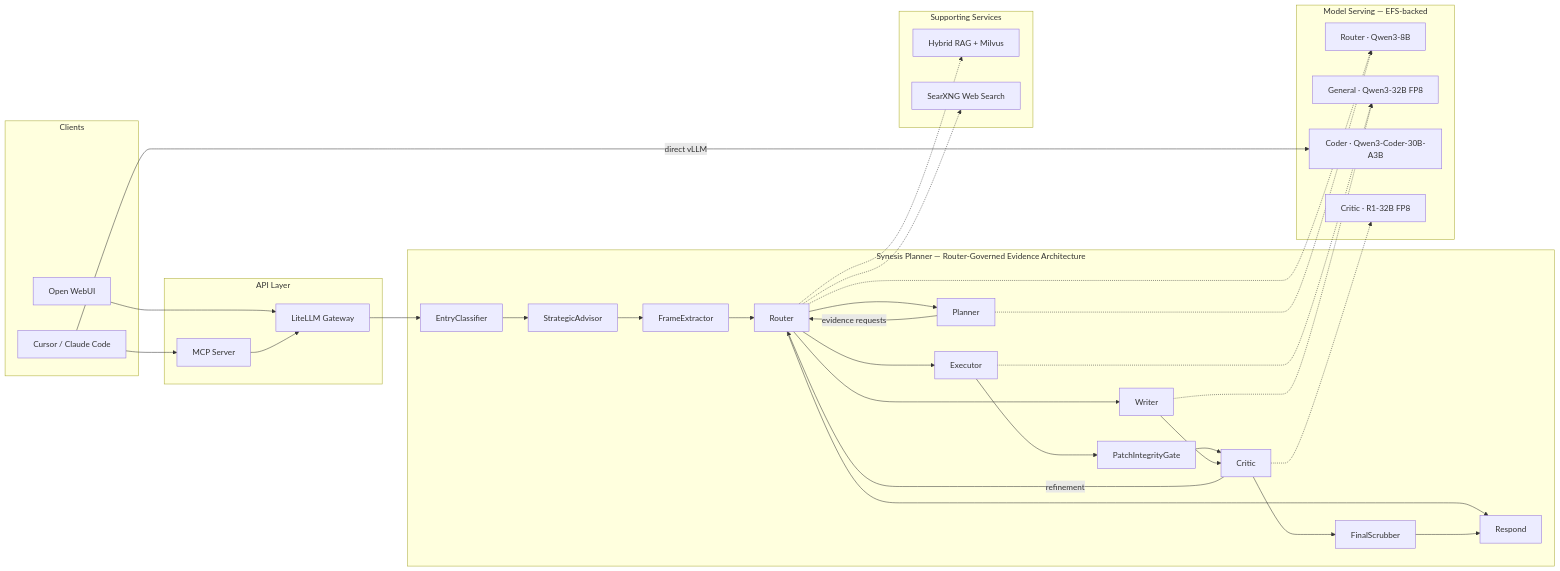
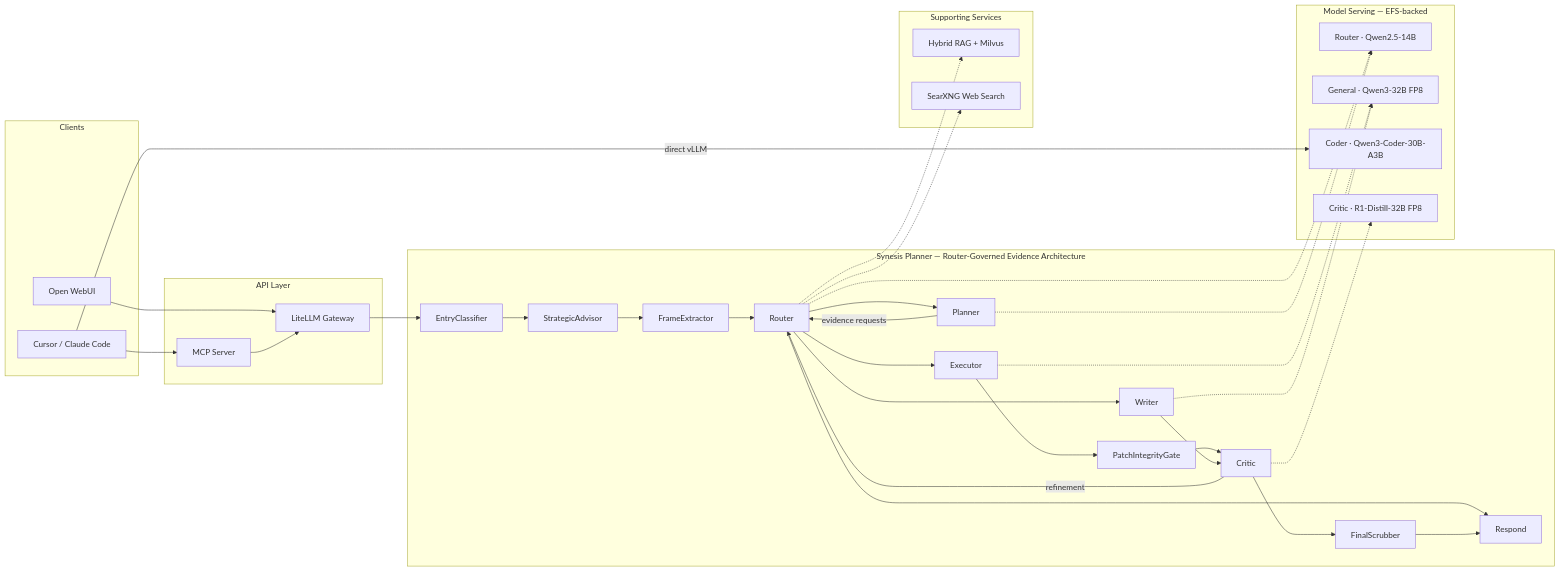
One commit to supernovae/synesis changed the diagram in README.md. Above: the diagram before and after it, drawn with Mermaid. The commit also changed other lines of this file and 8 other files, not shown here.

````diff
--- a/README.md
+++ b/README.md
@@ -29,65 +29,65 @@
 ```mermaid
 flowchart LR
     subgraph clients [Clients]
         WebUI[Open WebUI]
         IDE[Cursor / Claude Code]
     end
 
     subgraph gateway [API Layer]
         LiteLLM[LiteLLM Gateway]
         MCPSrv[MCP Server]
     end
 
     subgraph pipeline [Synesis Planner — Router-Governed Evidence Architecture]
         Entry[EntryClassifier]
         Advisor[StrategicAdvisor]
         FrameExtractor[FrameExtractor]
         Router[Router]
         PlannerNode[Planner]
         Executor[Executor]
         Writer[Writer]
         PatchIntegrityGate[PatchIntegrityGate]
         CriticNode[Critic]
         FinalScrubber[FinalScrubber]
         RespondNode[Respond]
     end
 
     subgraph models [Model Serving — EFS-backed]
-        RouterLLM["Router · Qwen3-8B"]
+        RouterLLM["Router · Qwen2.5-14B"]
         GeneralLLM["General · Qwen3-32B FP8"]
         CoderLLM["Coder · Qwen3-Coder-30B-A3B"]
-        CriticLLM["Critic · R1-32B FP8"]
+        CriticLLM["Critic · R1-Distill-32B FP8"]
     end
 
     subgraph support [Supporting Services]
         RAGSvc[Hybrid RAG + Milvus]
         SearchSvc[SearXNG Web Search]
     end
 
     WebUI --> LiteLLM
     IDE -->|direct vLLM| CoderLLM
     IDE --> MCPSrv
     MCPSrv --> LiteLLM
     LiteLLM --> Entry
     Entry --> Advisor
     Advisor --> FrameExtractor
     FrameExtractor --> Router
     Router --> PlannerNode
     Router --> Executor
     Router --> Writer
     Router --> RespondNode
     PlannerNode -->|evidence requests| Router
     Executor --> PatchIntegrityGate
     PatchIntegrityGate --> CriticNode
     Writer --> CriticNode
     CriticNode -->|refinement| Router
     CriticNode --> FinalScrubber
     FinalScrubber --> RespondNode
     Router -.-> RAGSvc
     Router -.-> SearchSvc
     Router -.-> RouterLLM
     PlannerNode -.-> RouterLLM
     Executor -.-> GeneralLLM
     Writer -.-> GeneralLLM
     CriticNode -.-> CriticLLM
 ```
````
